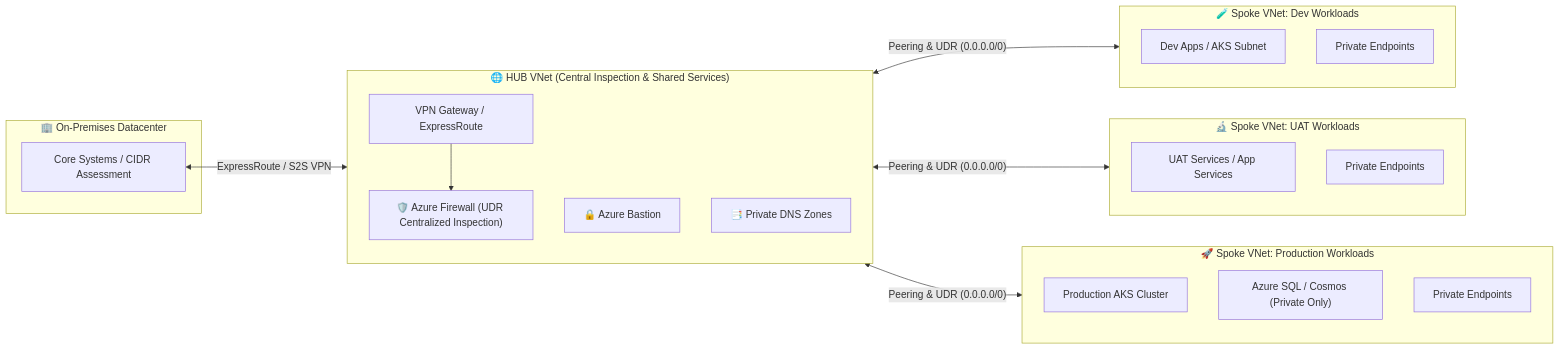
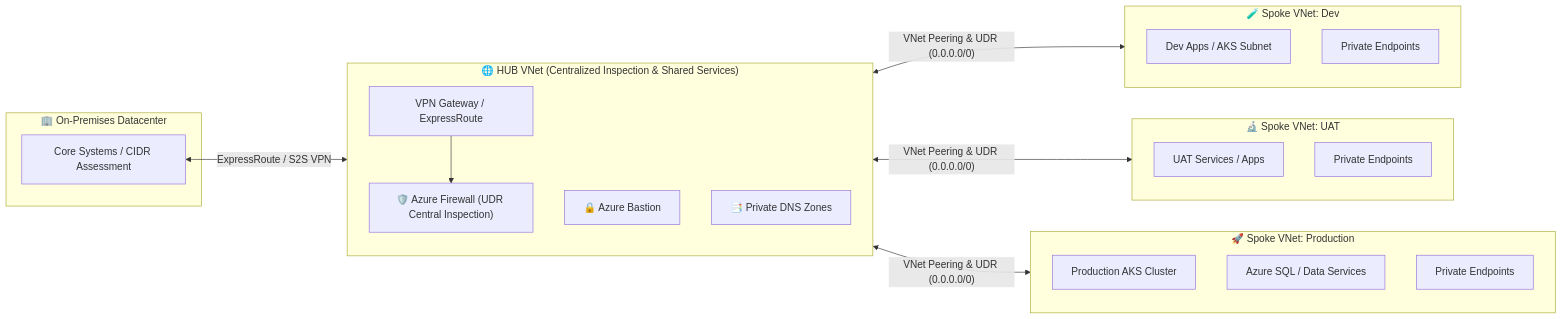
The second of 6 diagrams in README.md (simikamble/simikamble), drawn with Mermaid before and after one commit. The commit also changed other lines of this file, not shown here.

Commit message:
refactor: align profile tone and designation to 3 years hands-on DevOps Engineer

````diff
--- a/README.md
+++ b/README.md
@@ -102,36 +103,36 @@
 ```mermaid
 flowchart LR
     subgraph OnPrem["🏢 On-Premises Datacenter"]
         DCWorkloads["Core Systems / CIDR Assessment"]
     end
 
-    subgraph AzureHub["🌐 HUB VNet (Central Inspection & Shared Services)"]
+    subgraph AzureHub["🌐 HUB VNet (Centralized Inspection & Shared Services)"]
         direction TB
         GW["VPN Gateway / ExpressRoute"]
-        AzFW["🛡️ Azure Firewall (UDR Centralized Inspection)"]
+        AzFW["🛡️ Azure Firewall (UDR Central Inspection)"]
         Bastion["🔒 Azure Bastion"]
         DNSZones["📑 Private DNS Zones"]
     end
 
-    subgraph SpokeDev["🧪 Spoke VNet: Dev Workloads"]
+    subgraph SpokeDev["🧪 Spoke VNet: Dev"]
         DevVMs["Dev Apps / AKS Subnet"]
         DevPE["Private Endpoints"]
     end
 
-    subgraph SpokeUAT["🔬 Spoke VNet: UAT Workloads"]
-        UATVMs["UAT Services / App Services"]
+    subgraph SpokeUAT["🔬 Spoke VNet: UAT"]
+        UATVMs["UAT Services / Apps"]
         UATPE["Private Endpoints"]
     end
 
-    subgraph SpokeProd["🚀 Spoke VNet: Production Workloads"]
+    subgraph SpokeProd["🚀 Spoke VNet: Production"]
         ProdAKS["Production AKS Cluster"]
-        ProdData["Azure SQL / Cosmos (Private Only)"]
+        ProdData["Azure SQL / Data Services"]
         ProdPE["Private Endpoints"]
     end
 
     DCWorkloads <-->|"ExpressRoute / S2S VPN"| GW
     GW --> AzFW
-    AzFW <-->|"Peering & UDR (0.0.0.0/0)"| SpokeDev
-    AzFW <-->|"Peering & UDR (0.0.0.0/0)"| SpokeUAT
-    AzFW <-->|"Peering & UDR (0.0.0.0/0)"| SpokeProd
+    AzFW <-->|"VNet Peering & UDR (0.0.0.0/0)"| SpokeDev
+    AzFW <-->|"VNet Peering & UDR (0.0.0.0/0)"| SpokeUAT
+    AzFW <-->|"VNet Peering & UDR (0.0.0.0/0)"| SpokeProd
 ```
````
